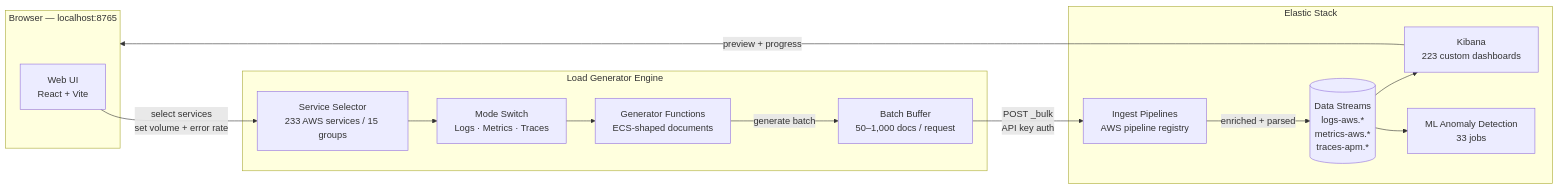
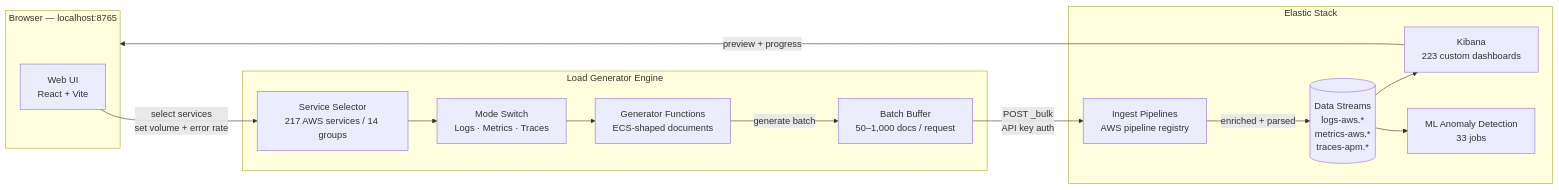
One commit to rkernutt/cloud-to-elastic-load-generator changed the first of 14 diagrams in docs/diagrams.md. Above: the diagram before and after it, drawn with Mermaid. The commit also changed other lines of this file and 7 other files, not shown here.

````diff
--- a/docs/diagrams.md
+++ b/docs/diagrams.md
@@ -11,30 +11,30 @@
 ```mermaid
 flowchart LR
     subgraph Browser["Browser — localhost:8765"]
         UI["Web UI\nReact + Vite"]
     end
 
     subgraph Engine["Load Generator Engine"]
-        SEL["Service Selector\n233 AWS services / 15 groups"]
+        SEL["Service Selector\n217 AWS services / 14 groups"]
         MODE["Mode Switch\nLogs · Metrics · Traces"]
         GEN["Generator Functions\nECS-shaped documents"]
         BUF["Batch Buffer\n50–1,000 docs / request"]
     end
 
     subgraph Elastic["Elastic Stack"]
         PIPE["Ingest Pipelines\nAWS pipeline registry"]
         DS[("Data Streams\nlogs-aws.*\nmetrics-aws.*\ntraces-apm.*")]
         KB["Kibana\n223 custom dashboards"]
         ML["ML Anomaly Detection\n33 jobs"]
     end
 
     UI -->|"select services\nset volume + error rate"| SEL
     SEL --> MODE
     MODE --> GEN
     GEN -->|"generate batch"| BUF
     BUF -->|"POST _bulk\nAPI key auth"| PIPE
     PIPE -->|"enriched + parsed"| DS
     DS --> KB
     DS --> ML
     KB -->|"preview + progress"| Browser
 ```
````
